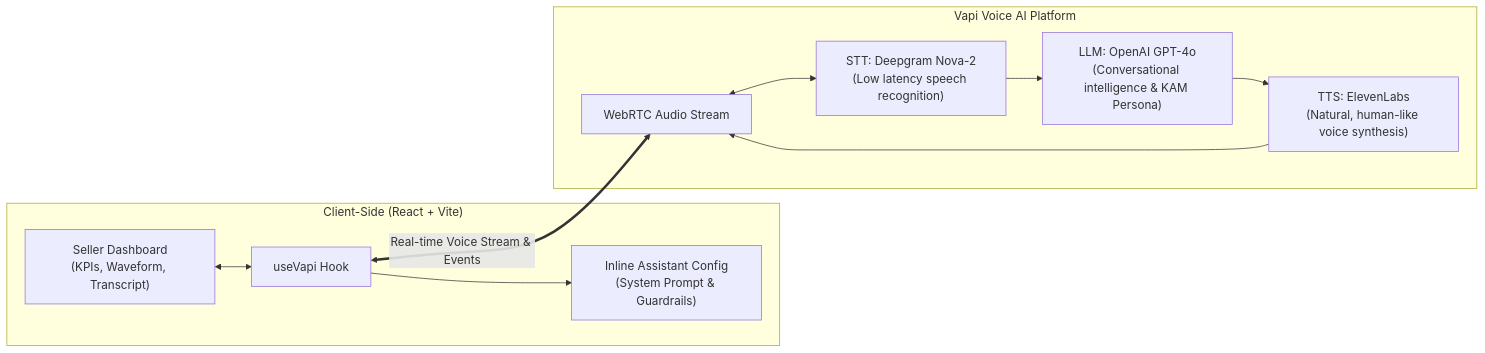
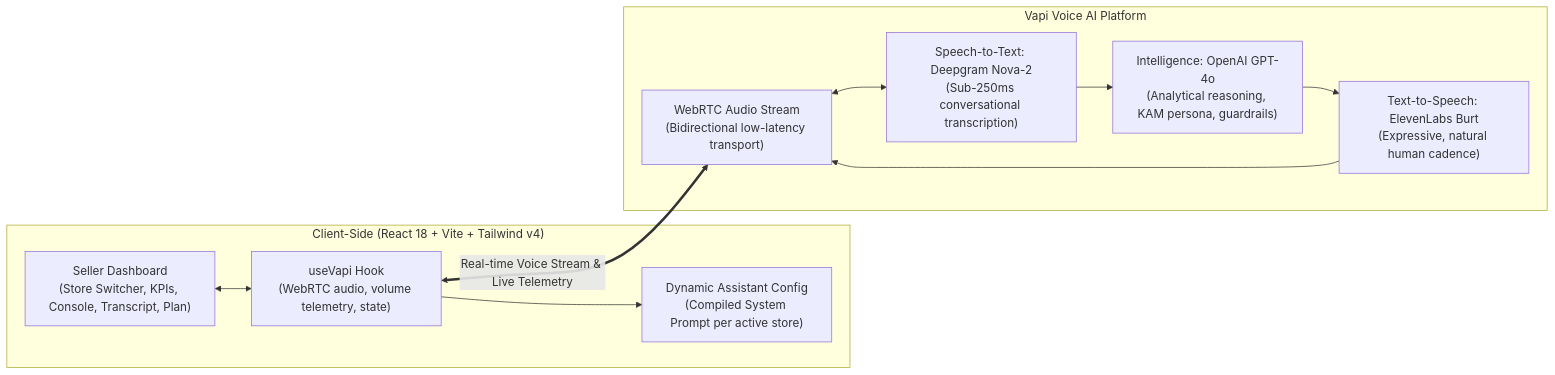
The first of 2 diagrams in README.md (RatneshKJaiswal/vapi-snapdeal-assessment), drawn with Mermaid before and after one commit. The commit also changed other lines of this file and 1 other file, not shown here.

Commit message:
docs: update README and SUBMISSION_NOTE with multi-business architecture and evaluation rubric

````diff
--- a/README.md
+++ b/README.md
@@ -26,24 +72,24 @@
 ```mermaid
 flowchart LR
-    subgraph Browser ["Client-Side (React + Vite)"]
-        UI["Seller Dashboard\n(KPIs, Waveform, Transcript)"]
-        Hook["useVapi Hook"]
-        Config["Inline Assistant Config\n(System Prompt & Guardrails)"]
+    subgraph Browser ["Client-Side (React 18 + Vite + Tailwind v4)"]
+        UI["Seller Dashboard\n(Store Switcher, KPIs, Console, Transcript, Plan)"]
+        Hook["useVapi Hook\n(WebRTC audio, volume telemetry, state)"]
+        Config["Dynamic Assistant Config\n(Compiled System Prompt per active store)"]
         UI <--> Hook
         Hook --> Config
     end
 
     subgraph Vapi ["Vapi Voice AI Platform"]
-        WebRTC["WebRTC Audio Stream"]
-        STT["STT: Deepgram Nova-2\n(Low latency speech recognition)"]
-        LLM["LLM: OpenAI GPT-4o\n(Conversational intelligence & KAM Persona)"]
-        TTS["TTS: ElevenLabs\n(Natural, human-like voice synthesis)"]
+        WebRTC["WebRTC Audio Stream\n(Bidirectional low-latency transport)"]
+        STT["Speech-to-Text: Deepgram Nova-2\n(Sub-250ms conversational transcription)"]
+        LLM["Intelligence: OpenAI GPT-4o\n(Analytical reasoning, KAM persona, guardrails)"]
+        TTS["Text-to-Speech: ElevenLabs Burt\n(Expressive, natural human cadence)"]
 
         WebRTC <--> STT
         STT --> LLM
         LLM --> TTS
         TTS --> WebRTC
     end
 
-    Hook <== "Real-time Voice Stream & Events" ==> WebRTC
+    Hook <== "Real-time Voice Stream & Live Telemetry" ==> WebRTC
 ```
````
